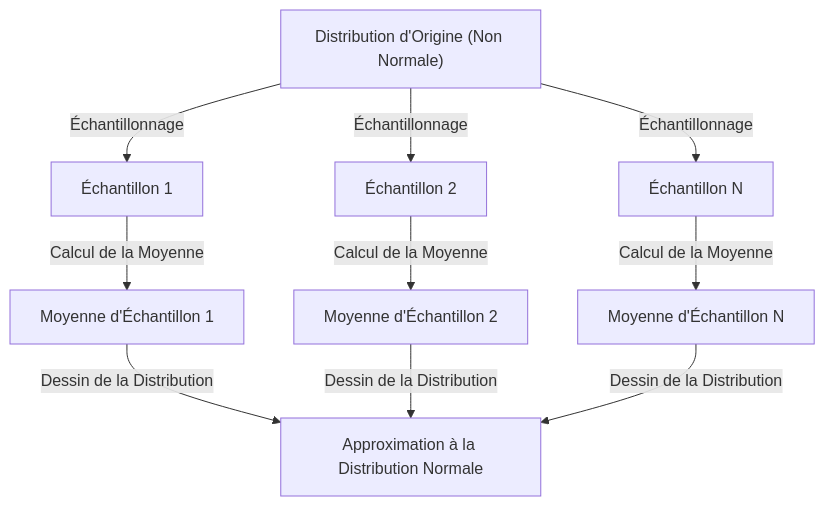
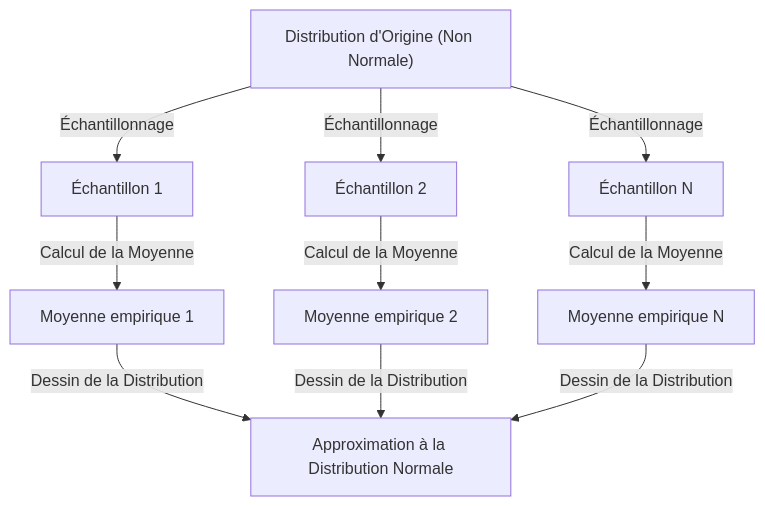
The diagram in content/post/central-limit-theorem/index.fr.md (kenjinote/blog), drawn with Mermaid before and after one commit. The commit also changed other lines of this file and 28 other files, not shown here.

````diff
--- a/content/post/central-limit-theorem/index.fr.md
+++ b/content/post/central-limit-theorem/index.fr.md
@@ -44,12 +44,12 @@
 ```mermaid
 graph TD
     A["Distribution d'Origine (Non Normale)"] -->|"Échantillonnage"| B["Échantillon 1"]
     A -->|"Échantillonnage"| C["Échantillon 2"]
     A -->|"Échantillonnage"| D["Échantillon N"]
-    B -->|"Calcul de la Moyenne"| E["Moyenne d'Échantillon 1"]
-    C -->|"Calcul de la Moyenne"| F["Moyenne d'Échantillon 2"]
-    D -->|"Calcul de la Moyenne"| G["Moyenne d'Échantillon N"]
+    B -->|"Calcul de la Moyenne"| E["Moyenne empirique 1"]
+    C -->|"Calcul de la Moyenne"| F["Moyenne empirique 2"]
+    D -->|"Calcul de la Moyenne"| G["Moyenne empirique N"]
     E -->|"Dessin de la Distribution"| H["Approximation à la Distribution Normale"]
     F -->|"Dessin de la Distribution"| H
     G -->|"Dessin de la Distribution"| H
 ```
````
